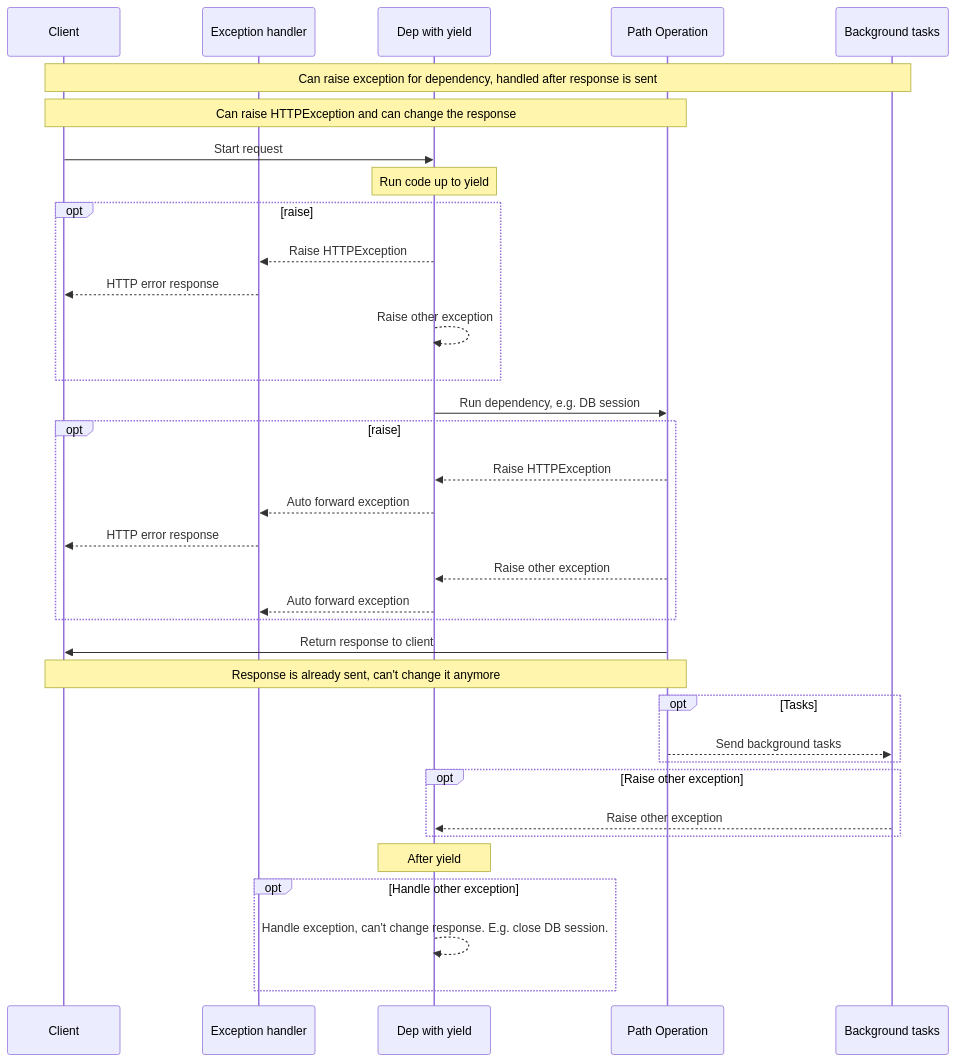
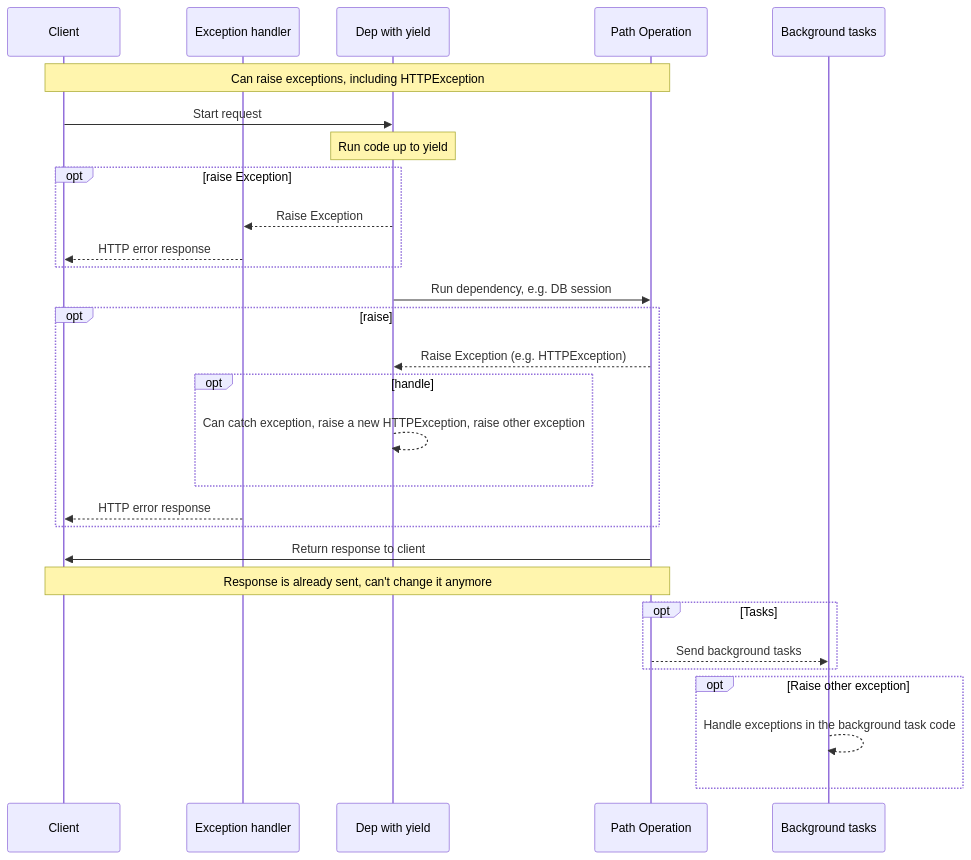
Before and after one commit to readyapi/readyapi: the diagram in docs/zh/docs/tutorial/dependencies/dependencies-with-yield.md, drawn with Mermaid. The commit also changed other lines of this file and 130 other files, not shown here.

````diff
--- a/docs/zh/docs/tutorial/dependencies/dependencies-with-yield.md
+++ b/docs/zh/docs/tutorial/dependencies/dependencies-with-yield.md
@@ -187,39 +283,34 @@
 ```mermaid
 sequenceDiagram
 
 participant client as Client
 participant handler as Exception handler
 participant dep as Dep with yield
 participant operation as Path Operation
 participant tasks as Background tasks
 
-    Note over client,tasks: Can raise exception for dependency, handled after response is sent
-    Note over client,operation: Can raise HTTPException and can change the response
+    Note over client,operation: Can raise exceptions, including HTTPException
     client ->> dep: Start request
     Note over dep: Run code up to yield
-    opt raise
-        dep -->> handler: Raise HTTPException
+    opt raise Exception
+        dep -->> handler: Raise Exception
         handler -->> client: HTTP error response
-        dep -->> dep: Raise other exception
     end
     dep ->> operation: Run dependency, e.g. DB session
     opt raise
-        operation -->> dep: Raise HTTPException
-        dep -->> handler: Auto forward exception
+        operation -->> dep: Raise Exception (e.g. HTTPException)
+        opt handle
+            dep -->> dep: Can catch exception, raise a new HTTPException, raise other exception
+        end
         handler -->> client: HTTP error response
-        operation -->> dep: Raise other exception
-        dep -->> handler: Auto forward exception
     end
+
     operation ->> client: Return response to client
     Note over client,operation: Response is already sent, can't change it anymore
     opt Tasks
         operation -->> tasks: Send background tasks
     end
     opt Raise other exception
-        tasks -->> dep: Raise other exception
-    end
-    Note over dep: After yield
-    opt Handle other exception
-        dep -->> dep: Handle exception, can't change response. E.g. close DB session.
+        tasks -->> tasks: Handle exceptions in the background task code
     end
 ```
````
